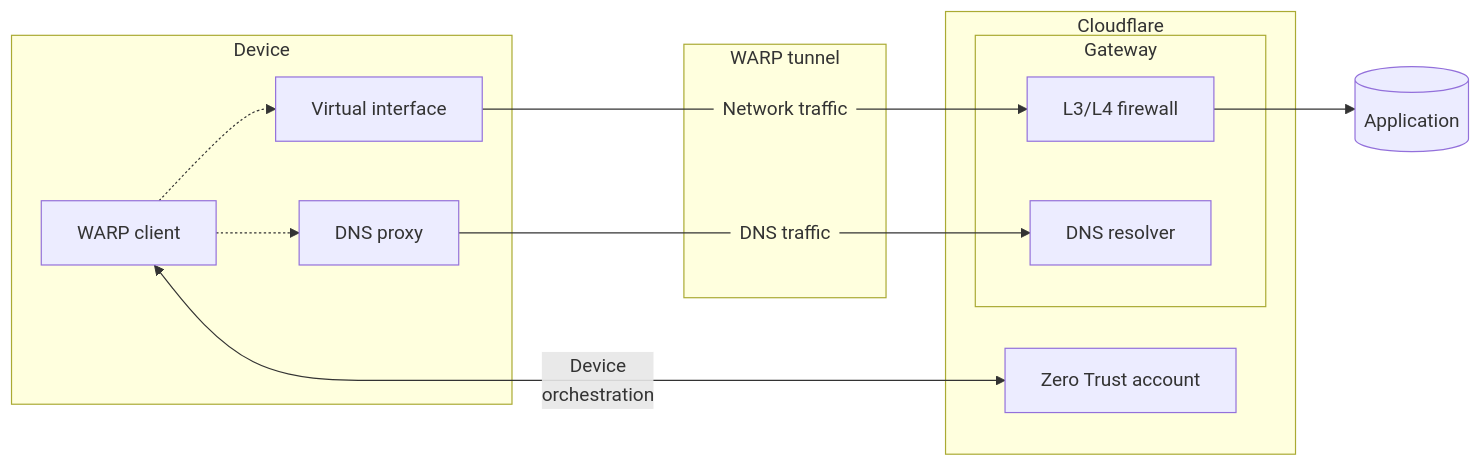
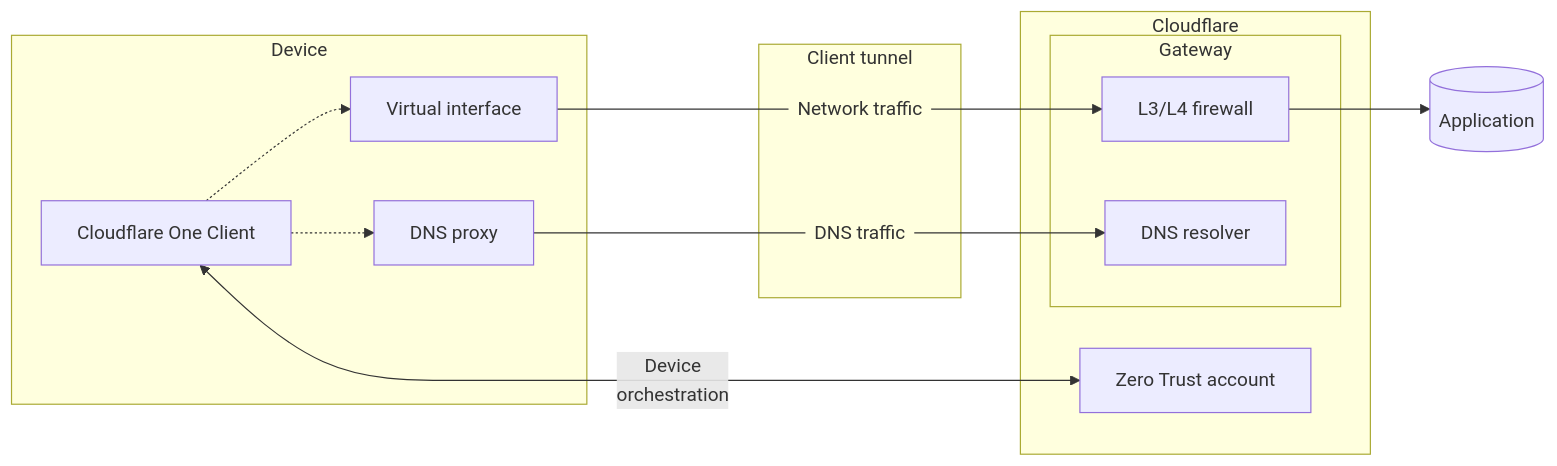
The first of 3 diagrams in src/content/docs/cloudflare-one/team-and-resources/devices/cloudflare-one-client/configure-cloudflare-one-client/route-traffic/cloudflare-one-client-architecture.mdx (cloudflare/cloudflare-docs), drawn with Mermaid before and after one commit. The commit also changed other lines of this file and 3 other files, not shown here.

Commit message:
Rename WARP Client to Cloudflare One Client (Batch 7: route-traffic folder content updates)

````diff
--- a/src/content/docs/cloudflare-one/team-and-resources/devices/cloudflare-one-client/configure-cloudflare-one-client/route-traffic/cloudflare-one-client-architecture.mdx
+++ b/src/content/docs/cloudflare-one/team-and-resources/devices/cloudflare-one-client/configure-cloudflare-one-client/route-traffic/cloudflare-one-client-architecture.mdx
@@ -25,24 +25,24 @@
 ```mermaid
 flowchart LR
 subgraph Device
-W[WARP client] -.-> D
+W[Cloudflare One Client] -.-> D
 D[DNS proxy]
 W -.-> V[Virtual interface]
 end
 subgraph Cloudflare
 A[Zero Trust account]
 subgraph Gateway
 N[L3/L4 firewall]
 G[DNS resolver]
 end
 end
 W<--"Device
 orchestration"-->A
-subgraph tunnel["WARP tunnel"]
+subgraph tunnel["Client tunnel"]
  ip@{ shape: text, label: "Network traffic" }
   dns@{ shape: text, label: "DNS traffic" }
 end
 V --- ip-->N
 D --- dns-->G
 N --> O[(Application)]
 ```
````
